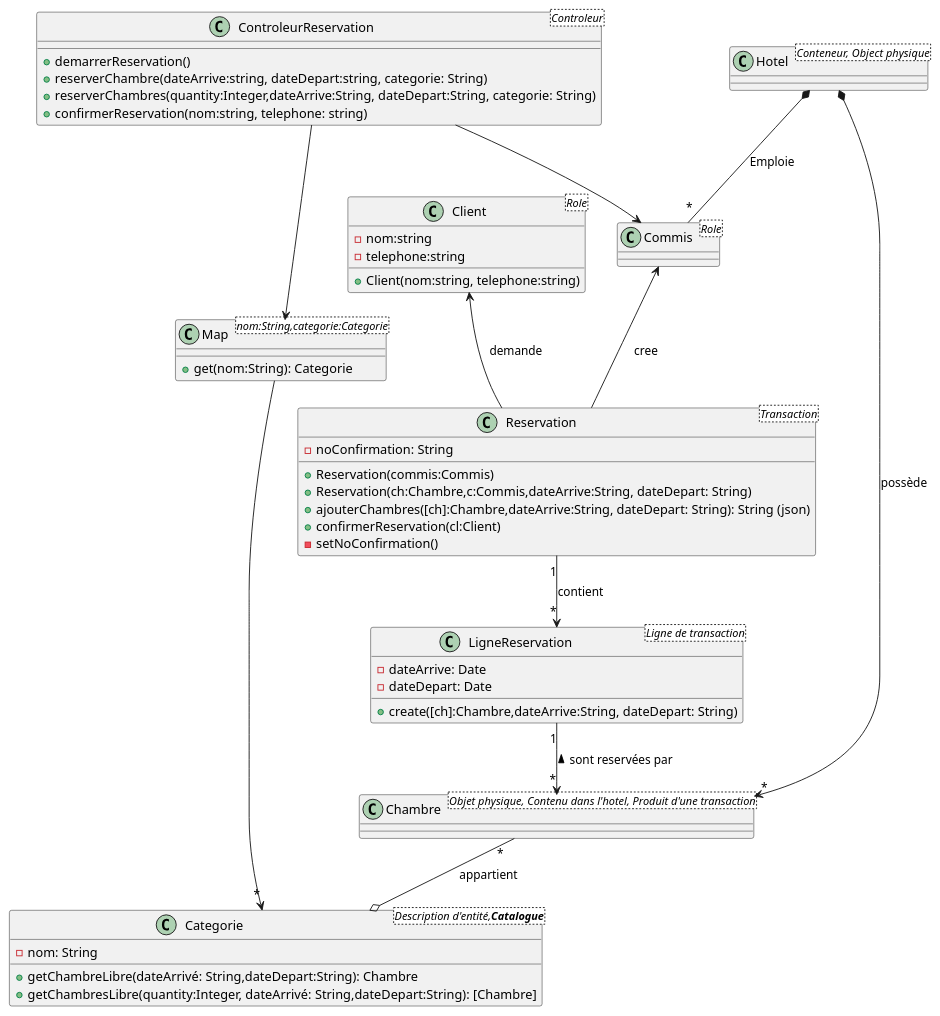
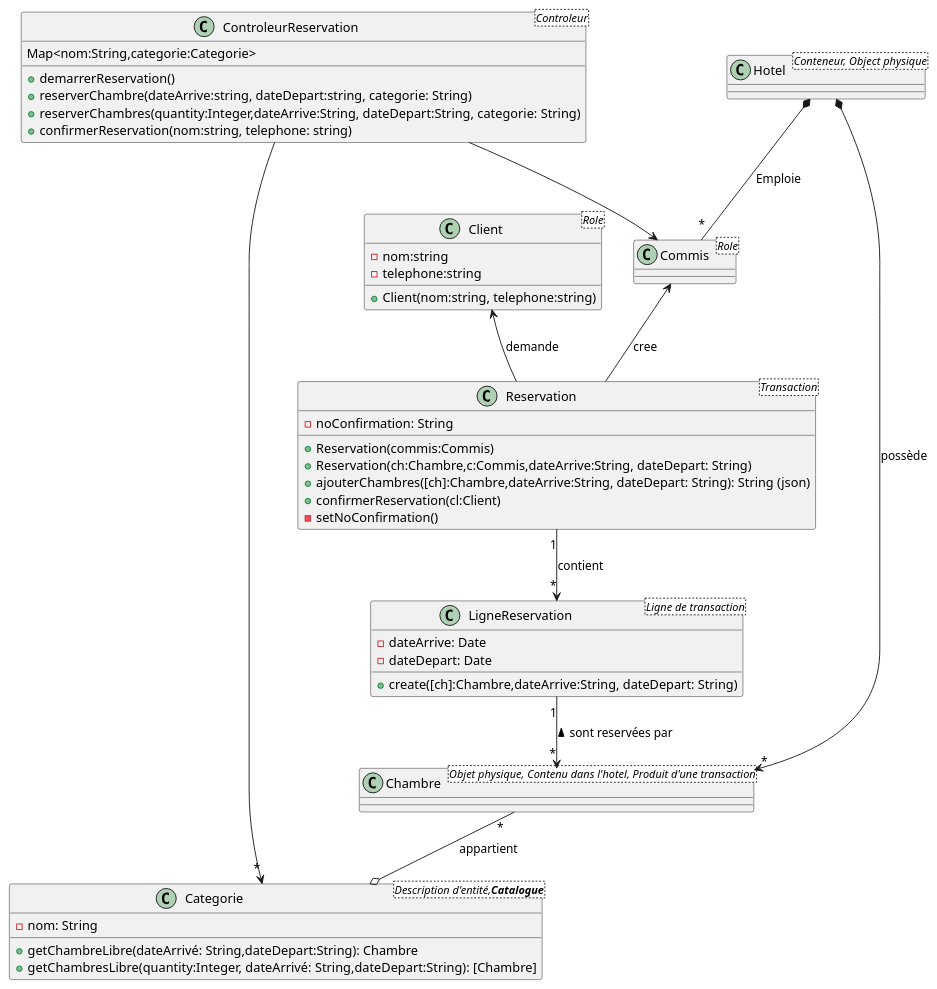
Before and after one commit to yvanross/LOG210-exercices: diagram 15 of 23 in ACOO/01-application-gestion-hoteliere-solution-V2.puml, drawn with PlantUML. The commit also changed other lines of this file and 24 other files, not shown here.

```diff
--- a/ACOO/01-application-gestion-hoteliere-solution-V2.puml
+++ b/ACOO/01-application-gestion-hoteliere-solution-V2.puml
@@ -432,51 +450,48 @@
 @startuml  CU02-DCL-Diagramme de classe
 class ControleurReservation<Controleur>{
+  Map<nom:String,categorie:Categorie>
   +demarrerReservation()
   +reserverChambre(dateArrive:string, dateDepart:string, categorie: String)
   +reserverChambres(quantity:Integer,dateArrive:String, dateDepart:String, categorie: String)
   +confirmerReservation(nom:string, telephone: string)
-}
-class "Map<nom:String,categorie:Categorie>" as MC {
-  +get(nom:String): Categorie
 }
 
 class Hotel <Conteneur, Object physique>
 class Categorie <Description d'entité,**Catalogue**> {
   -nom: String
   +getChambreLibre(dateArrivé: String,dateDepart:String): Chambre
   +getChambresLibre(quantity:Integer, dateArrivé: String,dateDepart:String): [Chambre]
 }
 class Reservation <Transaction>{
   -noConfirmation: String
   +Reservation(commis:Commis)
   +Reservation(ch:Chambre,c:Commis,dateArrive:String, dateDepart: String)
   +ajouterChambres([ch]:Chambre,dateArrive:String, dateDepart: String): String (json)
   +confirmerReservation(cl:Client)
   -setNoConfirmation()
 }
 
 class LigneReservation <Ligne de transaction>{
   -dateArrive: Date
   -dateDepart: Date
   +create([ch]:Chambre,dateArrive:String, dateDepart: String)
 }
 
 class Commis <Role>
 class Chambre <Objet physique, Contenu dans l'hotel, Produit d'une transaction>
 class Client <Role> {
   -nom:string
   -telephone:string
   +Client(nom:string, telephone:string)
 }
 
 Hotel  *--> "*" Chambre: possède
 Chambre "*" --o Categorie: appartient
 Client  <--  Reservation: demande
 Commis  <--  Reservation: cree
 Hotel  *-- "*" Commis : Emploie
 Reservation "1" --> "*" LigneReservation: contient
 LigneReservation "1" --> "*" Chambre : sont reservées par <
-ControleurReservation --> MC
 ControleurReservation --> Commis
-MC --> "*" Categorie
+ControleurReservation --> "*" Categorie
 @enduml
```
